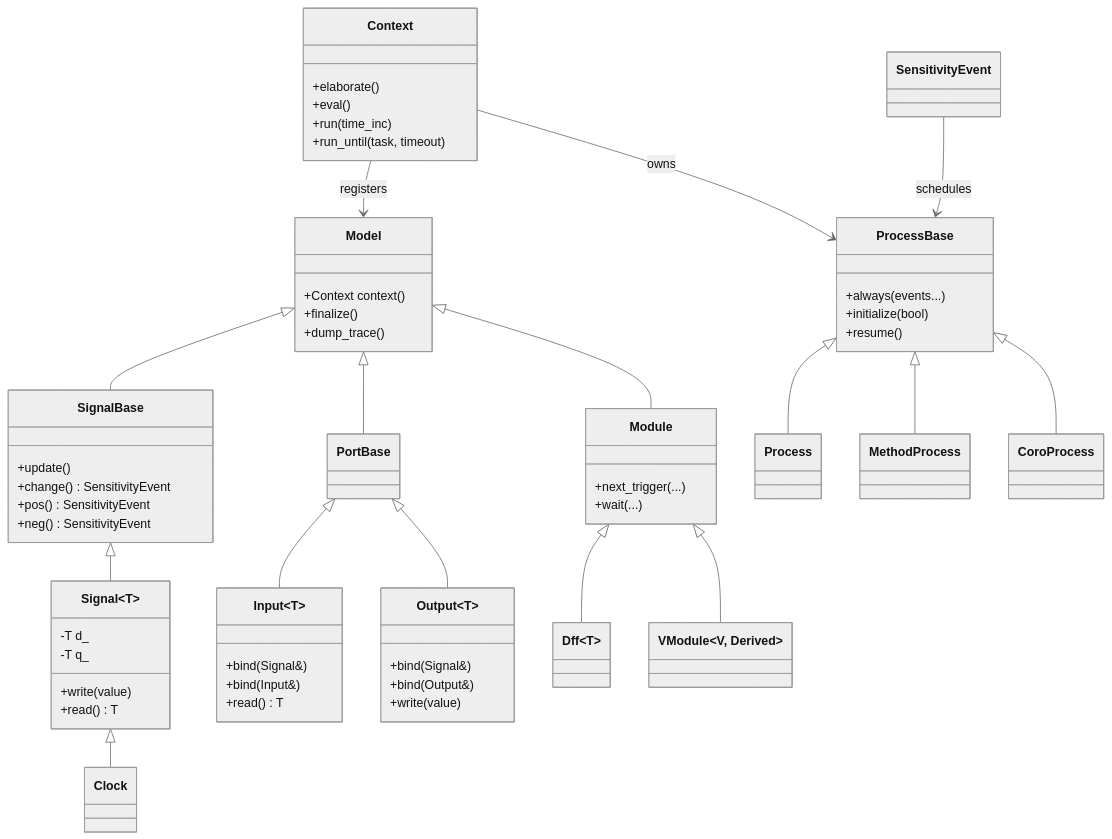
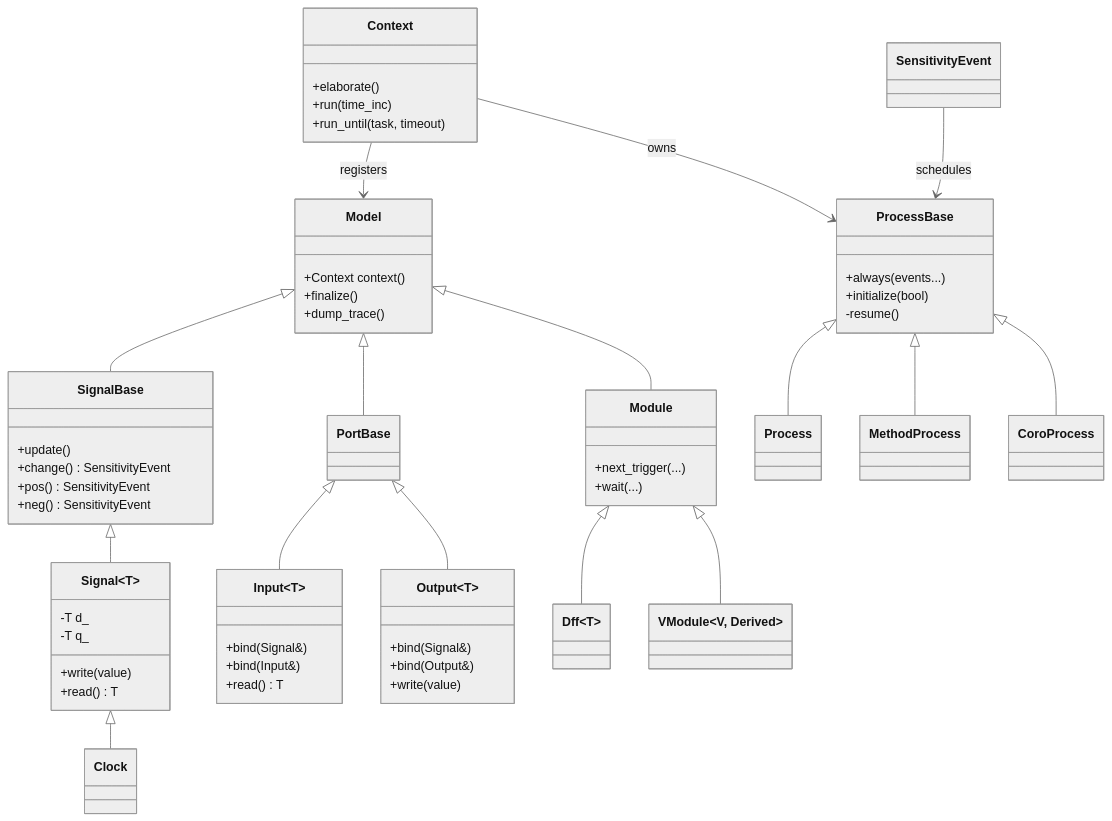
One commit to fsodari/dspsim changed the diagram in docs/Architecture.md. Above: the diagram before and after it, drawn with Mermaid (neutral theme). The commit also changed other lines of this file and 121 other files, not shown here.

````diff
--- a/docs/Architecture.md
+++ b/docs/Architecture.md
@@ -11,61 +11,60 @@
 ```mermaid
 classDiagram
     Model <|-- SignalBase
     Model <|-- PortBase
     Model <|-- Module
     SignalBase <|-- Signal~T~
     Signal~T~ <|-- Clock
     PortBase <|-- Input~T~
     PortBase <|-- Output~T~
     Module <|-- Dff~T~
     Module <|-- VModule~V, Derived~
     ProcessBase <|-- Process
     ProcessBase <|-- MethodProcess
     ProcessBase <|-- CoroProcess
 
     class Model {
         +Context context()
         +finalize()
         +dump_trace()
     }
     class Context {
         +elaborate()
-        +eval()
         +run(time_inc)
         +run_until(task, timeout)
     }
     class SignalBase {
         +update()
         +change() SensitivityEvent
         +pos() SensitivityEvent
         +neg() SensitivityEvent
     }
     class Signal~T~ {
         -T d_
         -T q_
         +write(value)
         +read() T
     }
     class Input~T~ {
         +bind(Signal&)
         +bind(Input&)
         +read() T
     }
     class Output~T~ {
         +bind(Signal&)
         +bind(Output&)
         +write(value)
     }
     class Module {
         +next_trigger(...)
         +wait(...)
     }
     class ProcessBase {
         +always(events...)
         +initialize(bool)
-        +resume()
+        -resume()
     }
     Context --> Model : registers
     Context --> ProcessBase : owns
     SensitivityEvent --> ProcessBase : schedules
 ```
````
